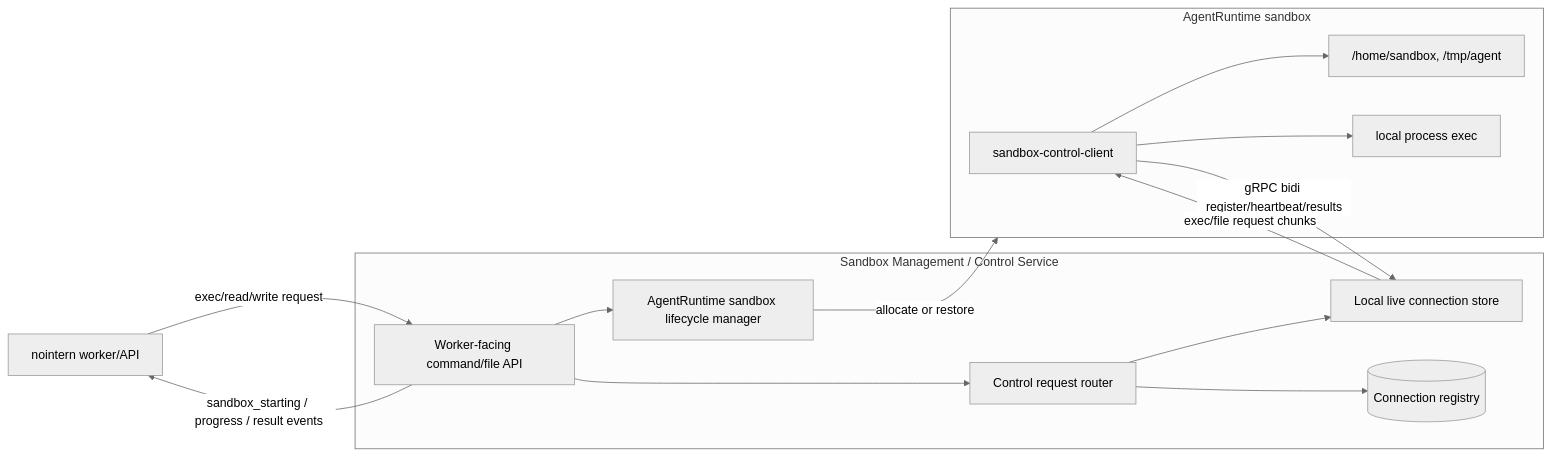
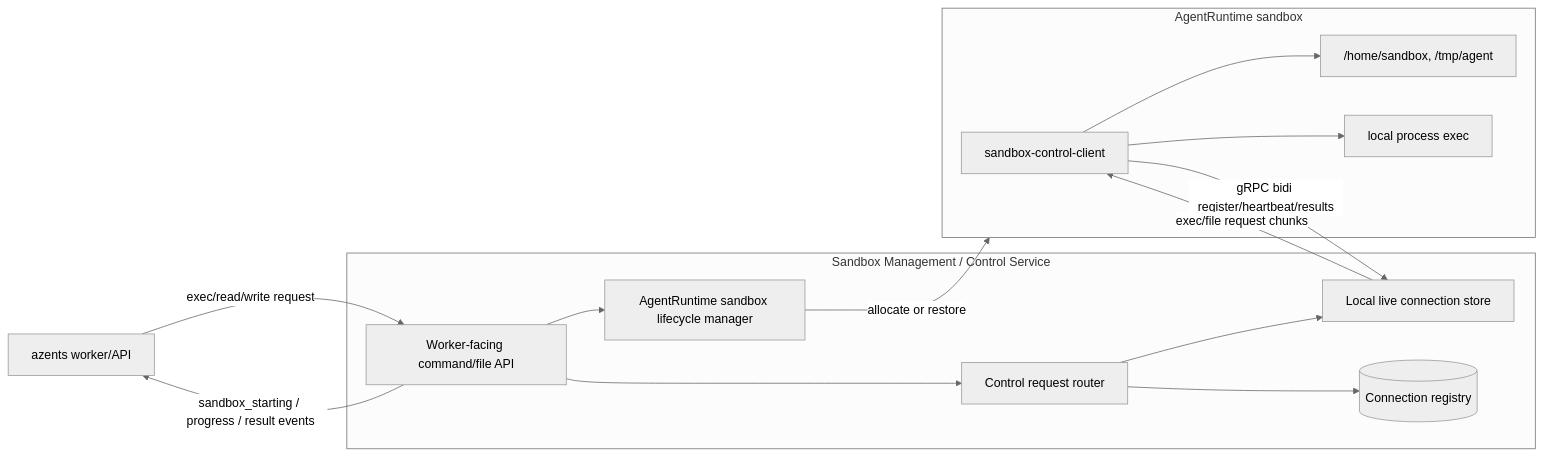
The second of 4 diagrams in docs/azents/design/sandbox-260506-sandbox-control-channel.md (azents/azents), drawn with Mermaid (neutral theme) before and after one commit. The commit also changed other lines of this file and 245 other files, not shown here.

````diff
--- a/docs/azents/design/sandbox-260506-sandbox-control-channel.md
+++ b/docs/azents/design/sandbox-260506-sandbox-control-channel.md
@@ -81,29 +81,29 @@
 ```mermaid
 flowchart LR
-    Worker[nointern worker/API]
+    Worker[azents worker/API]
 
     subgraph Service[Sandbox Management / Control Service]
         API[Worker-facing command/file API]
         Lifecycle[AgentRuntime sandbox lifecycle manager]
         Router[Control request router]
         Store[Local live connection store]
         API --> Lifecycle
         API --> Router
         Router --> Store
         Router --> Registry[(Connection registry)]
     end
 
     subgraph Runtime[AgentRuntime sandbox]
         Client[sandbox-control-client]
         FS["/home/sandbox, /tmp/agent"]
         Proc[local process exec]
         Client --> FS
         Client --> Proc
     end
 
     Worker -->|exec/read/write request| API
     API -->|sandbox_starting / progress / result events| Worker
     Lifecycle -->|allocate or restore| Runtime
     Client -->|gRPC bidi register/heartbeat/results| Store
     Store -->|exec/file request chunks| Client
 ```
````
